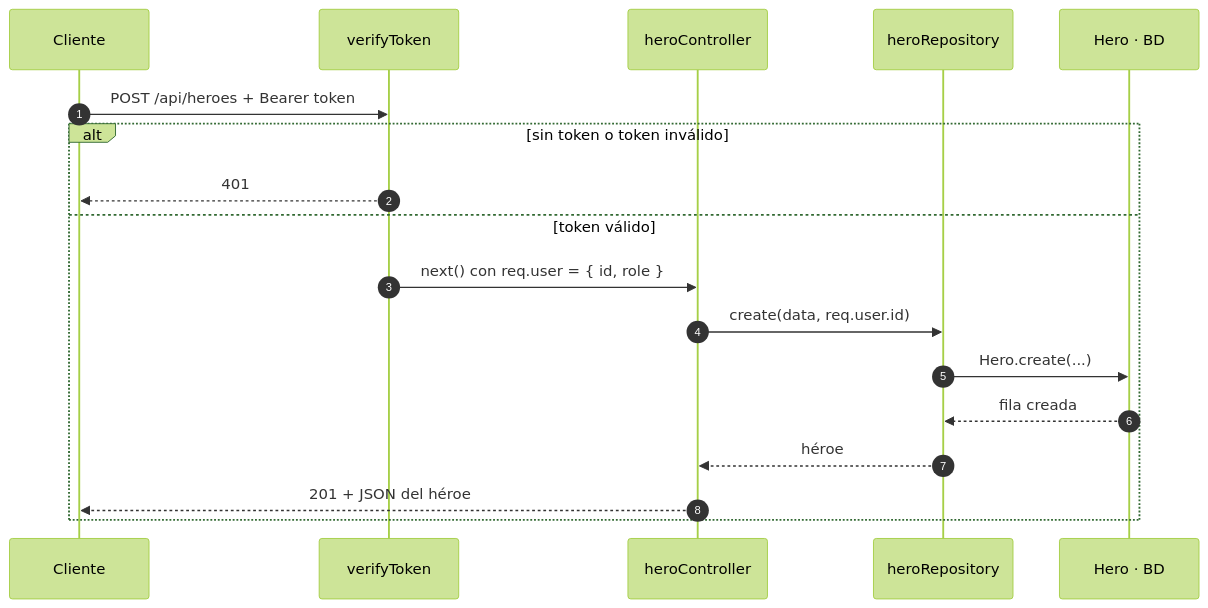
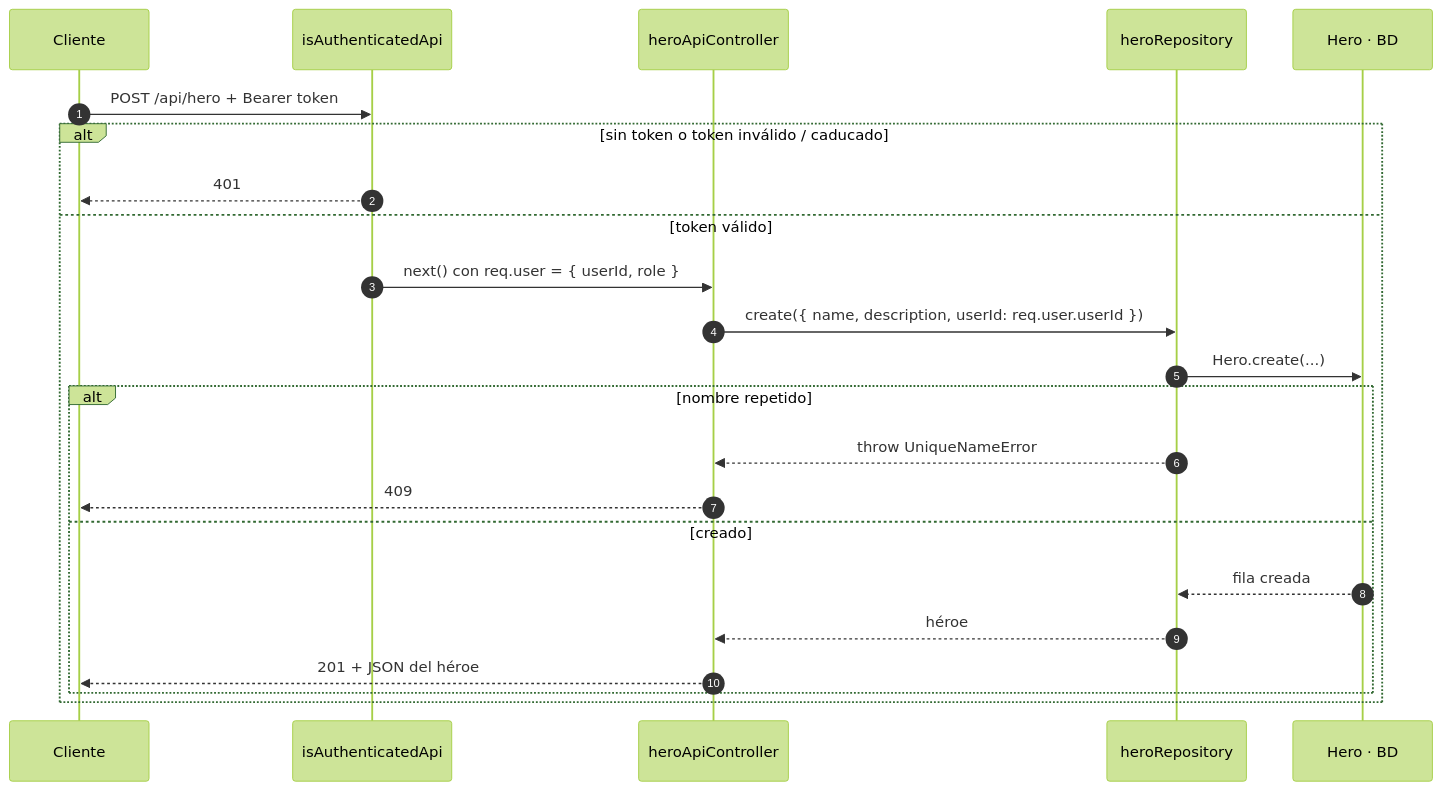
Before and after one commit to LdMe/backend_superheroes_segunda: the sixth of 7 diagrams in docs/memoria.md, drawn with Mermaid (forest theme). The commit also changed other lines of this file and 19 other files, not shown here.

````diff
--- a/docs/memoria.md
+++ b/docs/memoria.md
@@ -467,21 +524,26 @@
 ```mermaid
 sequenceDiagram
     autonumber
     participant C as Cliente
-    participant V as verifyToken
-    participant K as heroController
+    participant V as isAuthenticatedApi
+    participant K as heroApiController
     participant R as heroRepository
     participant DB as Hero · BD
 
-    C->>V: POST /api/heroes + Bearer token
-    alt sin token o token inválido
+    C->>V: POST /api/hero + Bearer token
+    alt sin token o token inválido / caducado
         V-->>C: 401
     else token válido
-        V->>K: next() con req.user = { id, role }
-        K->>R: create(data, req.user.id)
+        V->>K: next() con req.user = { userId, role }
+        K->>R: create({ name, description, userId: req.user.userId })
         R->>DB: Hero.create(...)
-        DB-->>R: fila creada
-        R-->>K: héroe
-        K-->>C: 201 + JSON del héroe
+        alt nombre repetido
+            R-->>K: throw UniqueNameError
+            K-->>C: 409
+        else creado
+            DB-->>R: fila creada
+            R-->>K: héroe
+            K-->>C: 201 + JSON del héroe
+        end
     end
 ```
````
